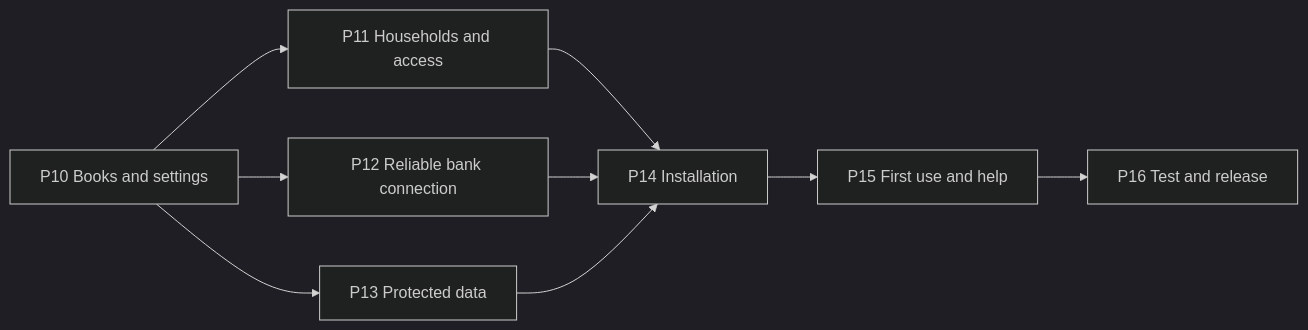
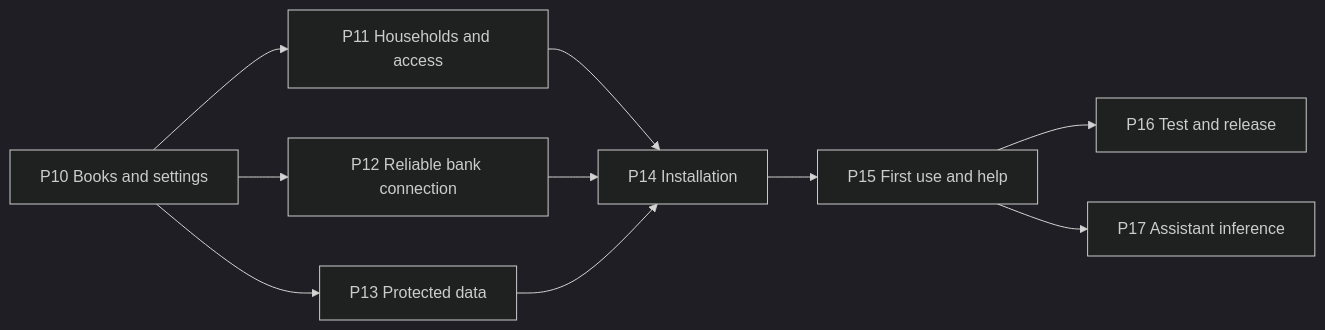
The second of 2 diagrams in docs/domain/09-roadmap.md (andrelopes-code/equori), drawn with Mermaid (dark theme) before and after one commit. The commit also changed other lines of this file and 1 other file, not shown here.

Commit message:
docs(assistant): specify suggestions, dependent proposals and signals
The chat prompt forbade any change the user did not ask for, and a
proposal could not use an entity another proposal creates. The spec
replaces that rule with a suggestion policy backed by a recurrence
detector and signals, adds dependent proposals, preloads accounts and
schedules, and raises the step limit. Roadmap phase P17 tracks it.

````diff
--- a/docs/domain/09-roadmap.md
+++ b/docs/domain/09-roadmap.md
@@ -82,11 +82,12 @@
 ```mermaid
 flowchart LR
   P10[P10 Books and settings] --> P11[P11 Households and access]
   P10 --> P12[P12 Reliable bank connection]
   P10 --> P13[P13 Protected data]
   P11 --> P14[P14 Installation]
   P12 --> P14
   P13 --> P14
   P14 --> P15[P15 First use and help]
   P15 --> P16[P16 Test and release]
+  P15 --> P17[P17 Assistant inference]
 ```
````
